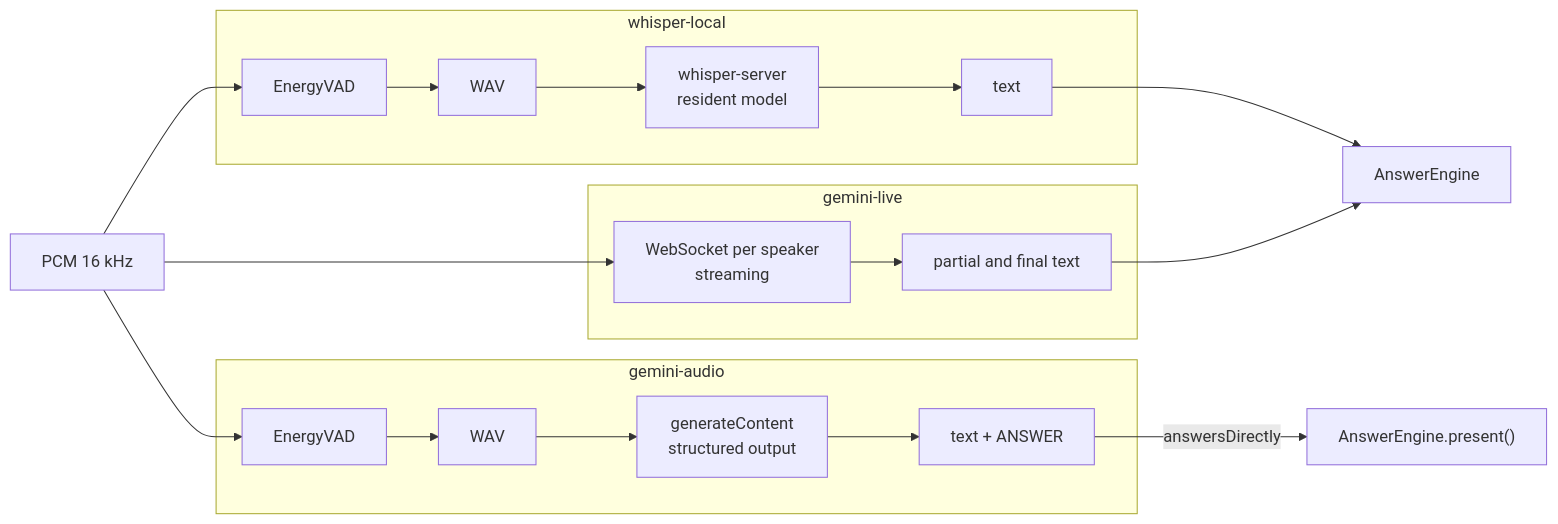
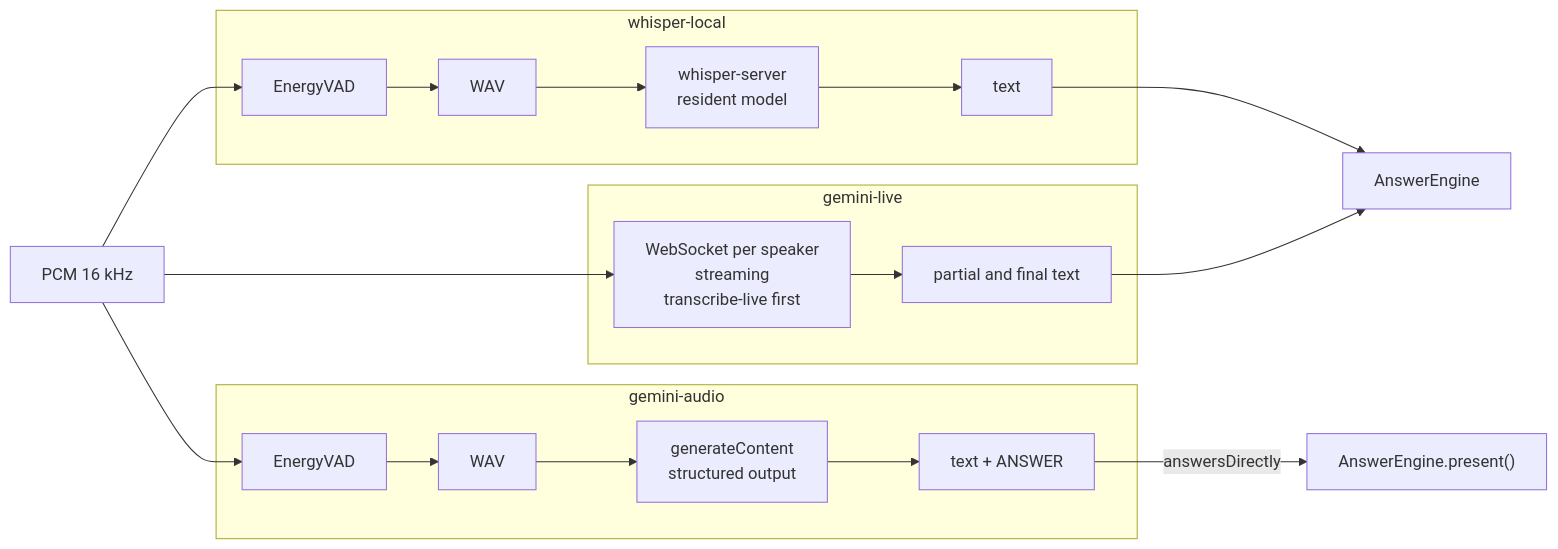
The third of 7 diagrams in ARCHITECTURE.md (cflarios/Tayori), drawn with Mermaid before and after one commit. The commit also changed other lines of this file and 21 other files, not shown here.

````diff
--- a/ARCHITECTURE.md
+++ b/ARCHITECTURE.md
@@ -129,24 +129,24 @@
 ```mermaid
 flowchart LR
     PCM["PCM 16 kHz"]
 
     subgraph local["whisper-local"]
         V1["EnergyVAD"] --> WAV1["WAV"] --> SRV["whisper-server<br/>resident model"] --> TXT1["text"]
     end
 
     subgraph live["gemini-live"]
-        WS["WebSocket per speaker<br/>streaming"] --> TXT2["partial and final text"]
+        WS["WebSocket per speaker<br/>streaming<br/>transcribe-live first"] --> TXT2["partial and final text"]
     end
 
     subgraph direct["gemini-audio"]
         V2["EnergyVAD"] --> WAV2["WAV"] --> GEN["generateContent<br/>structured output"] --> BOTH["text + ANSWER"]
     end
 
     PCM --> V1
     PCM --> WS
     PCM --> V2
 
     TXT1 --> ENGINE["AnswerEngine"]
     TXT2 --> ENGINE
     BOTH -- "answersDirectly" --> PRESENT["AnswerEngine.present()"]
 ```
````
